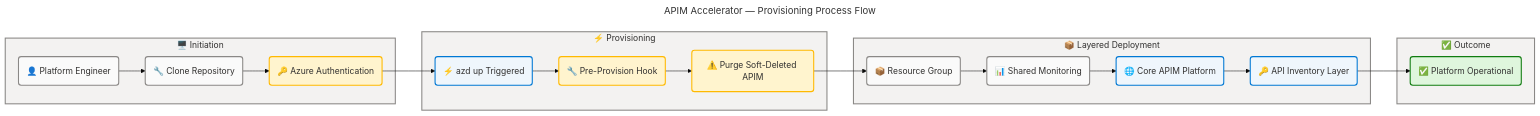
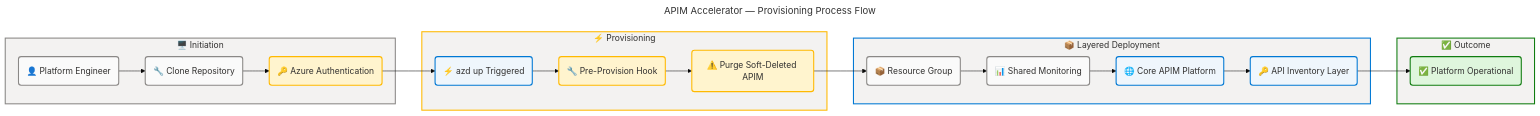
One commit to Evilazaro/APIM-Accelerator changed the second of 6 diagrams in docs/architecture/business-architecture.md. Above: the diagram before and after it, drawn with Mermaid. The commit also changed other lines of this file and 3 other files, not shown here.

Commit message:
style: update flowchart colors for consistency and improved clarity across architecture documentation

````diff
--- a/docs/architecture/business-architecture.md
+++ b/docs/architecture/business-architecture.md
@@ -347,64 +347,64 @@
 ```mermaid
 ---
 title: "APIM Accelerator — Provisioning Process Flow"
 config:
   theme: base
   look: classic
   layout: dagre
   themeVariables:
     fontSize: '16px'
   flowchart:
     htmlLabels: true
 ---
 flowchart LR
     accTitle: API Platform Provisioning Process Flow
     accDescr: End-to-end provisioning sequence from platform engineer authentication through azd-up trigger, pre-provision hook soft-delete cleanup, layered Bicep deployment of monitoring then APIM then inventory, to operational platform outcome — sourced from README.md and azure.yaml
 
     %% ═══════════════════════════════════════════════════════════════════════════
     %% AZURE / FLUENT ARCHITECTURE PATTERN v1.1
     %% (Semantic + Structural + Font + Accessibility Governance)
     %% ═══════════════════════════════════════════════════════════════════════════
     %% PHASE 1 - FLUENT UI: All styling uses approved Fluent UI palette only
     %% PHASE 2 - GROUPS: Every subgraph has semantic color via style directive
     %% PHASE 3 - COMPONENTS: Every node has semantic classDef + icon prefix
     %% PHASE 4 - ACCESSIBILITY: accTitle/accDescr present, WCAG AA contrast
     %% PHASE 5 - STANDARD: Governance block present, classDefs centralized
     %% ═══════════════════════════════════════════════════════════════════════════
 
     subgraph initiation["🖥️ Initiation"]
         actor("👤 Platform Engineer"):::neutral
         clone("🔧 Clone Repository"):::neutral
         auth("🔑 Azure Authentication"):::warning
     end
 
     subgraph provisioning["⚡ Provisioning"]
         trigger("⚡ azd up Triggered"):::core
         preHook("🔧 Pre-Provision Hook"):::warning
         purge("⚠️ Purge Soft-Deleted APIM"):::warning
     end
 
     subgraph deployment["📦 Layered Deployment"]
         rg("📦 Resource Group"):::neutral
         monitoring("📊 Shared Monitoring"):::neutral
         apim("🌐 Core APIM Platform"):::core
         inventory("🔑 API Inventory Layer"):::core
     end
 
     subgraph outcome["✅ Outcome"]
         ready("✅ Platform Operational"):::success
     end
 
     actor --> clone --> auth --> trigger
     trigger --> preHook --> purge --> rg
     rg --> monitoring --> apim --> inventory --> ready
 
     style initiation fill:#F3F2F1,stroke:#8A8886,stroke-width:2px,color:#323130
-    style provisioning fill:#F3F2F1,stroke:#8A8886,stroke-width:2px,color:#323130
-    style deployment fill:#F3F2F1,stroke:#8A8886,stroke-width:2px,color:#323130
-    style outcome fill:#F3F2F1,stroke:#8A8886,stroke-width:2px,color:#323130
+    style provisioning fill:#F3F2F1,stroke:#FFB900,stroke-width:2px,color:#323130
+    style deployment fill:#F3F2F1,stroke:#0078D4,stroke-width:2px,color:#323130
+    style outcome fill:#F3F2F1,stroke:#107C10,stroke-width:2px,color:#323130
 
     classDef neutral fill:#FAFAFA,stroke:#8A8886,stroke-width:2px,color:#323130
     classDef core fill:#EFF6FC,stroke:#0078D4,stroke-width:2px,color:#323130
     classDef success fill:#DFF6DD,stroke:#107C10,stroke-width:2px,color:#323130
     classDef warning fill:#FFF4CE,stroke:#FFB900,stroke-width:2px,color:#323130
 ```
````
